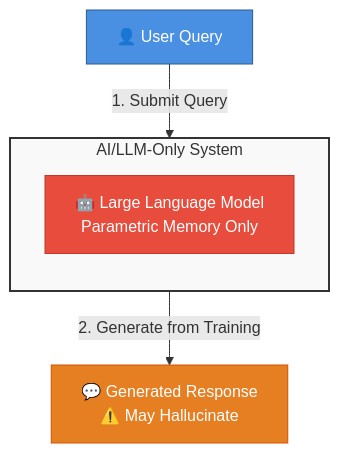
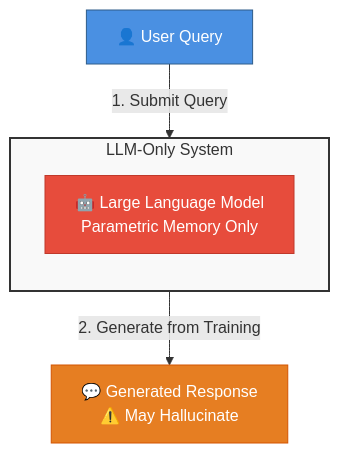
Before and after one commit to pravinbhat/pravinbhat.github.io: the second of 3 diagrams in Why_RAG.md, drawn with Mermaid. The commit also changed other lines of this file and 1 other file, not shown here.

````diff
--- a/Why_RAG.md
+++ b/Why_RAG.md
@@ -104,19 +107,19 @@
 ```mermaid
 graph TB
     User[👤 User Query]
     
-    subgraph LLMOnly["AI/LLM-Only System"]
+    subgraph LLMOnly["LLM-Only System"]
         direction TB
         LLM[🤖 Large Language Model<br/>Parametric Memory Only]
     end
     
     Response[💬 Generated Response<br/>⚠️ May Hallucinate]
     
     User -->|1. Submit Query| LLM
     LLM -->|2. Generate from Training| Response
     
     style User fill:#4A90E2,stroke:#2E5C8A,color:#fff
     style LLM fill:#E74C3C,stroke:#C0392B,color:#fff
     style Response fill:#E67E22,stroke:#D35400,color:#fff
     style LLMOnly fill:#f9f9f9,stroke:#333,stroke-width:2px
 ```
````
